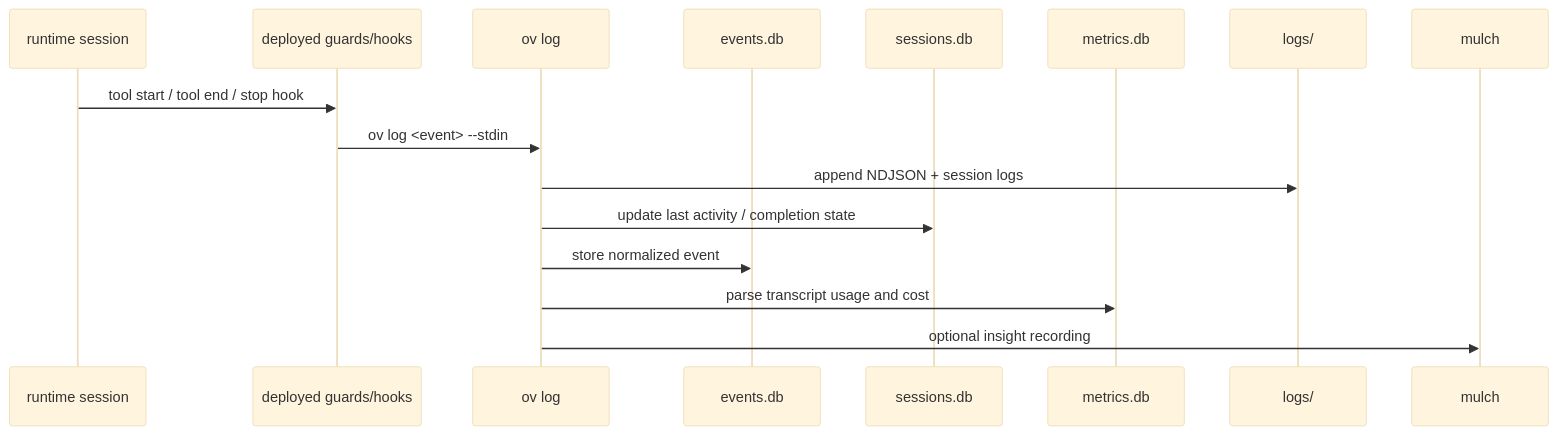
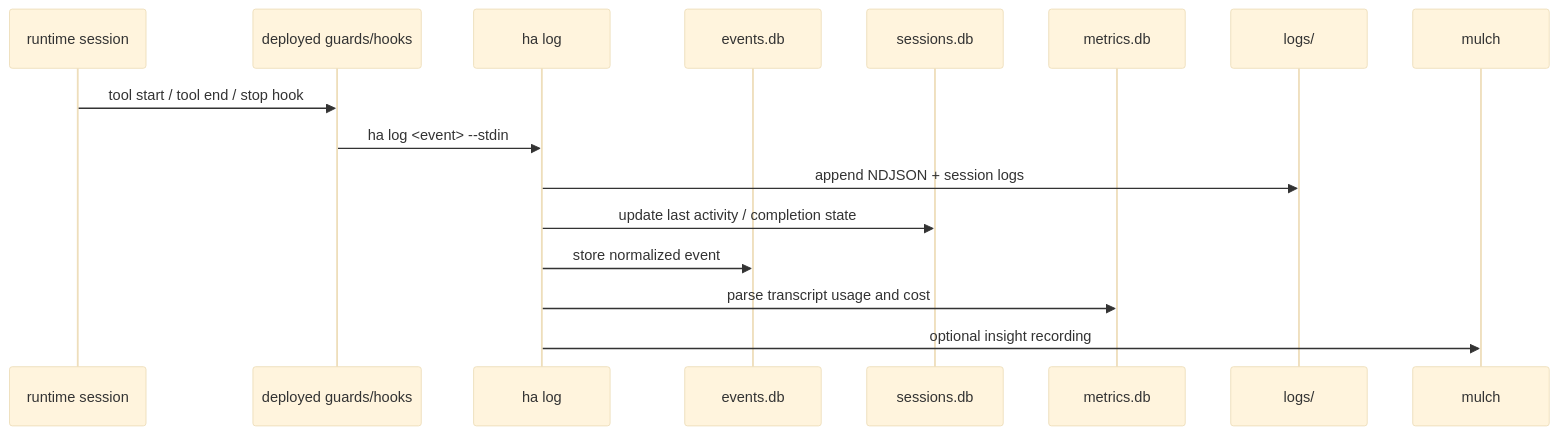
The fourth of 9 diagrams in docs/architecture/workflows.md (liker0704/haru), drawn with Mermaid (base theme) before and after one commit. The commit also changed other lines of this file and 668 other files, not shown here.

````diff
--- a/docs/architecture/workflows.md
+++ b/docs/architecture/workflows.md
@@ -158,19 +158,19 @@
 ```mermaid
 sequenceDiagram
     participant Agent as runtime session
     participant Hooks as deployed guards/hooks
-    participant LogCmd as ov log
+    participant LogCmd as ha log
     participant EventStore as events.db
     participant SessionStore as sessions.db
     participant Metrics as metrics.db
     participant Logs as logs/
     participant Mulch as mulch
 
     Agent->>Hooks: tool start / tool end / stop hook
-    Hooks->>LogCmd: ov log <event> --stdin
+    Hooks->>LogCmd: ha log <event> --stdin
     LogCmd->>Logs: append NDJSON + session logs
     LogCmd->>SessionStore: update last activity / completion state
     LogCmd->>EventStore: store normalized event
     LogCmd->>Metrics: parse transcript usage and cost
     LogCmd->>Mulch: optional insight recording
 ```
````
